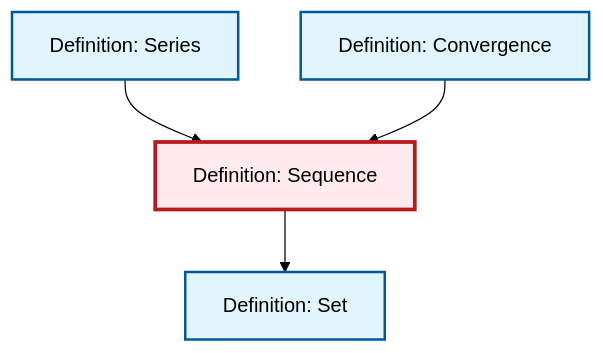
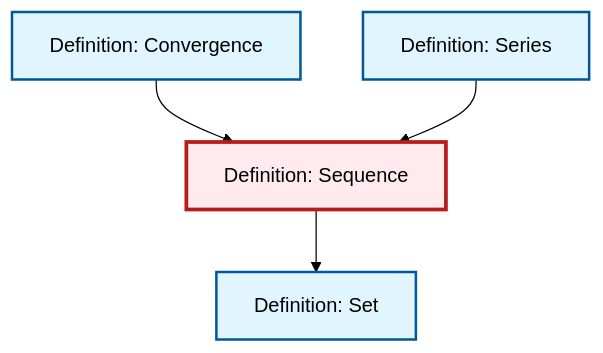
Before and after one commit to RK0429/ModernMath: the diagram in content/ja/analysis/def-sequence.qmd, drawn with Mermaid (forest theme). The commit also changed other lines of this file and 491 other files, not shown here.

````diff
--- a/content/ja/analysis/def-sequence.qmd
+++ b/content/ja/analysis/def-sequence.qmd
@@ -75,20 +75,20 @@
 ```{mermaid}
 %%| fig-cap: "Local dependency graph"
 graph TD
     classDef definition fill:#e1f5fe,stroke:#01579b,stroke-width:2px
     classDef theorem fill:#f3e5f5,stroke:#4a148c,stroke-width:2px
     classDef axiom fill:#fff3e0,stroke:#e65100,stroke-width:2px
     classDef example fill:#e8f5e9,stroke:#1b5e20,stroke-width:2px
     classDef current fill:#ffebee,stroke:#b71c1c,stroke-width:3px
+    def-set["Definition: Set"]:::definition
+    def-convergence["Definition: Convergence"]:::definition
+    def-series["Definition: Series"]:::definition
     def-sequence["Definition: Sequence"]:::definition
-    def-series["Definition: Series"]:::definition
-    def-convergence["Definition: Convergence"]:::definition
-    def-set["Definition: Set"]:::definition
+    def-convergence --> def-sequence
+    def-series --> def-sequence
     def-sequence --> def-set
-    def-series --> def-sequence
-    def-convergence --> def-sequence
     class def-sequence current
+    click def-set "def-set.html" "Definition: Setへ"
+    click def-convergence "def-convergence.html" "Definition: Convergenceへ"
     click def-series "def-series.html" "Definition: Seriesへ"
-    click def-convergence "def-convergence.html" "Definition: Convergenceへ"
-    click def-set "def-set.html" "Definition: Setへ"
 ```
````
